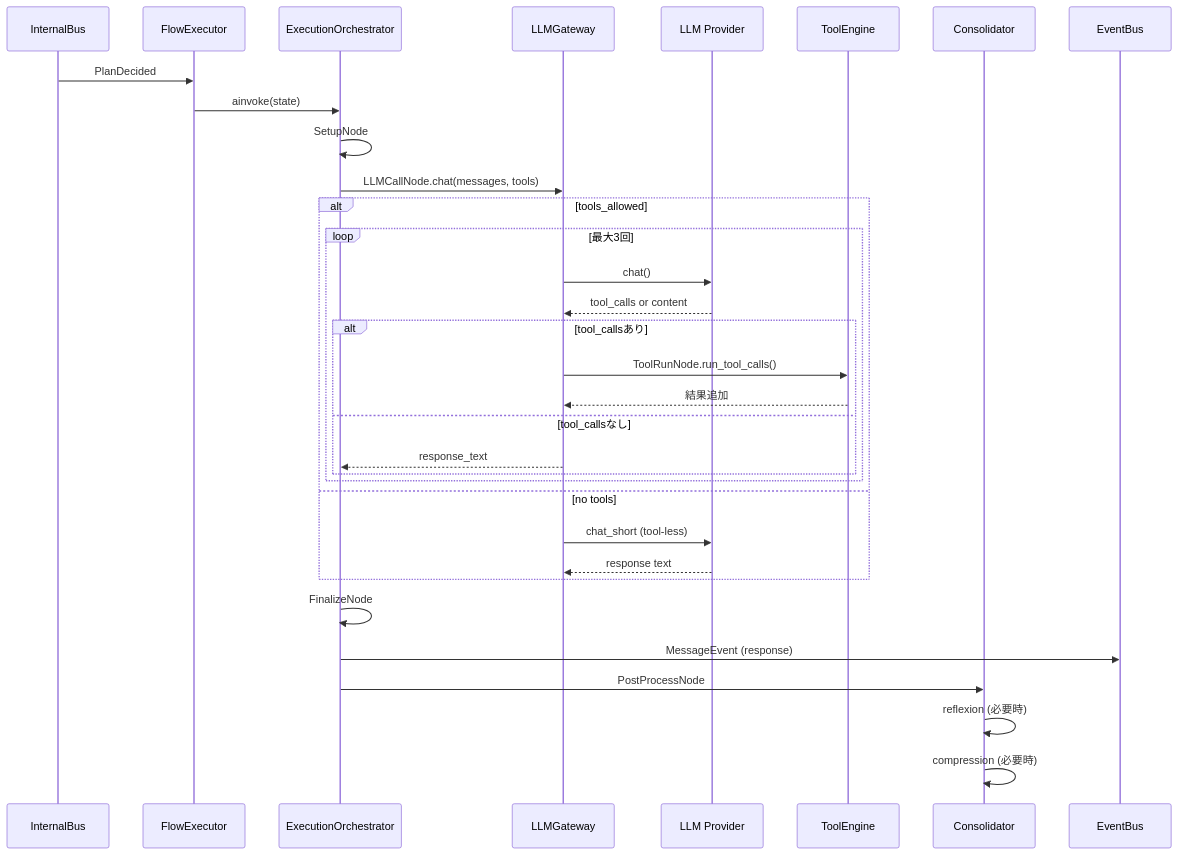
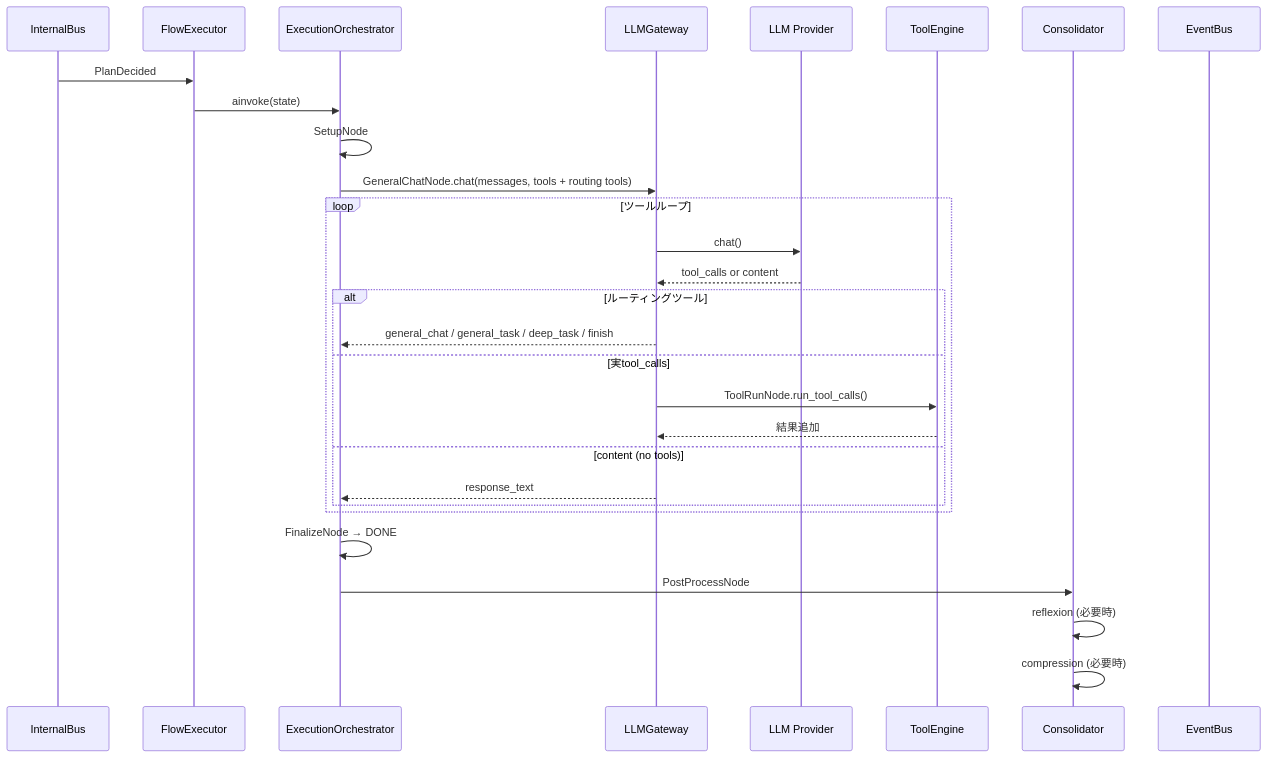
The diagram in docs/how-it-works/08-execution-pipeline.md (ibukani/iris-mind), drawn with Mermaid before and after one commit. The commit also changed other lines of this file and 99 other files, not shown here.

````diff
--- a/docs/how-it-works/08-execution-pipeline.md
+++ b/docs/how-it-works/08-execution-pipeline.md
@@ -3,39 +3,35 @@
 ```mermaid
 sequenceDiagram
     participant IB as InternalBus
     participant FE as FlowExecutor
     participant ORCH as ExecutionOrchestrator
     participant LG as LLMGateway
     participant LLM as LLM Provider
     participant TE as ToolEngine
     participant CON as Consolidator
     participant EB as EventBus
 
     IB->>FE: PlanDecided
     FE->>ORCH: ainvoke(state)
 
     ORCH->>ORCH: SetupNode
-    ORCH->>LG: LLMCallNode.chat(messages, tools)
+    ORCH->>LG: GeneralChatNode.chat(messages, tools + routing tools)
 
-    alt tools_allowed
-        loop 最大3回
-            LG->>LLM: chat()
-            LLM-->>LG: tool_calls or content
-            alt tool_callsあり
-                LG->>TE: ToolRunNode.run_tool_calls()
-                TE-->>LG: 結果追加
-            else tool_callsなし
-                LG-->>ORCH: response_text
-            end
+    loop ツールループ
+        LG->>LLM: chat()
+        LLM-->>LG: tool_calls or content
+        alt ルーティングツール
+            LG-->>ORCH: general_chat / general_task / deep_task / finish
+        else 実tool_calls
+            LG->>TE: ToolRunNode.run_tool_calls()
+            TE-->>LG: 結果追加
+        else content (no tools)
+            LG-->>ORCH: response_text
         end
-    else no tools
-        LG->>LLM: chat_short (tool-less)
-        LLM-->>LG: response text
     end
 
-    ORCH->>ORCH: FinalizeNode
-    ORCH->>EB: MessageEvent (response)
+    ORCH->>ORCH: FinalizeNode → DONE
     ORCH->>CON: PostProcessNode
     CON->>CON: reflexion (必要時)
     CON->>CON: compression (必要時)
 ```
````
